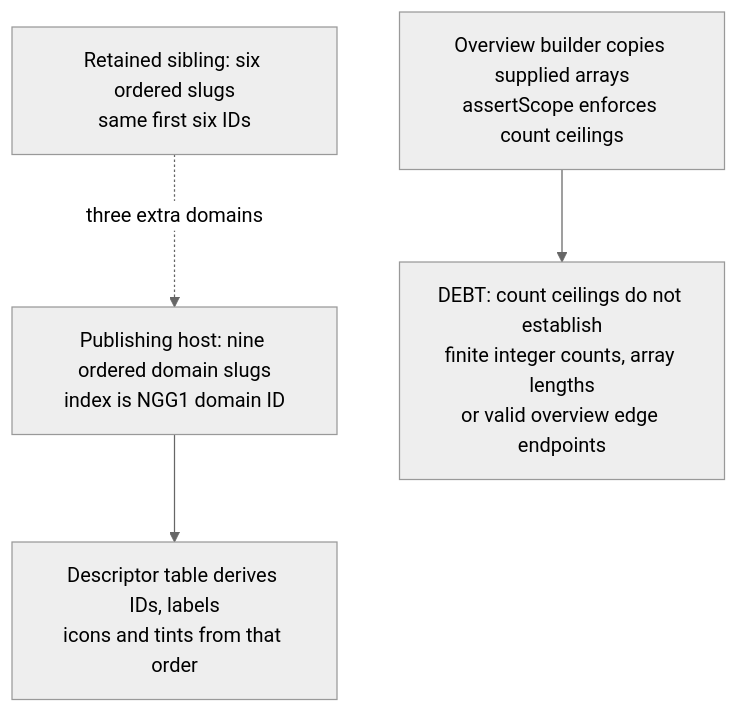
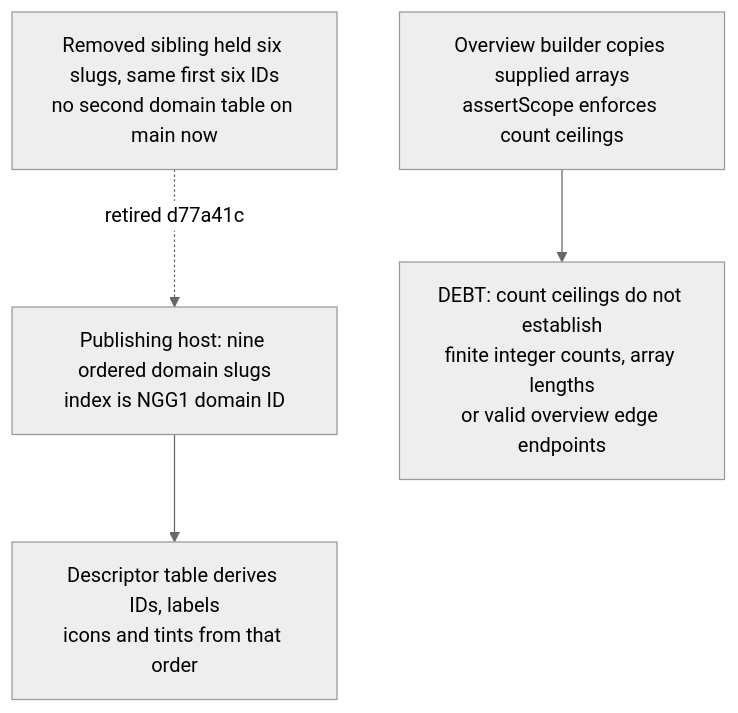
The fifth of 7 diagrams in docs/diagrams/visiongraph/06-shipping-explorer-duplication.md (DreamLab-AI/VisionFlow), drawn with Mermaid (neutral theme) before and after one commit. The commit also changed other lines of this file and 11 other files, not shown here.

First line of the commit message:
docs(diagrams): visiongraph and knowledgegraph re-verified (explorer on vowl-wasm 0.4.0, knowledgeGraph explorer retired)

````diff
--- a/docs/diagrams/visiongraph/06-shipping-explorer-duplication.md
+++ b/docs/diagrams/visiongraph/06-shipping-explorer-duplication.md
@@ -148,14 +151,14 @@
 ```mermaid
 flowchart TB
-    %% Source: ../visionGraph/publishing-tools/WasmVOWL/modern/src/types/scope.ts:75
+    %% Source: ../visionGraph/publishing-tools/WasmVOWL/modern/src/types/scope.ts:77-87
     A["Publishing host: nine ordered domain slugs<br/>index is NGG1 domain ID"]
     %% Source: ../visionGraph/publishing-tools/WasmVOWL/modern/src/site/domains.ts:60
     A --> B["Descriptor table derives IDs, labels<br/>icons and tints from that order"]
-    %% Source: ../knowledgeGraph/explorer/modern/src/types/scope.ts:73
-    C["Retained sibling: six ordered slugs<br/>same first six IDs"]
-    C -.->|"three extra domains"| A
-    %% Source: ../visionGraph/publishing-tools/WasmVOWL/modern/src/stores/scopeStore.ts:512
-    %% Source: ../visionGraph/publishing-tools/WasmVOWL/modern/src/types/scope.ts:153
+    %% Source: ../knowledgeGraph/README.md:95
+    C["Removed sibling held six slugs, same first six IDs<br/>no second domain table on main now"]
+    C -.->|"retired d77a41c"| A
+    %% Source: ../visionGraph/publishing-tools/WasmVOWL/modern/src/stores/scopeStore.ts:522
+    %% Source: ../visionGraph/publishing-tools/WasmVOWL/modern/src/types/scope.ts:154
     D["Overview builder copies supplied arrays<br/>assertScope enforces count ceilings"]
     D --> E["DEBT: count ceilings do not establish<br/>finite integer counts, array lengths<br/>or valid overview edge endpoints"]
 ```
````
